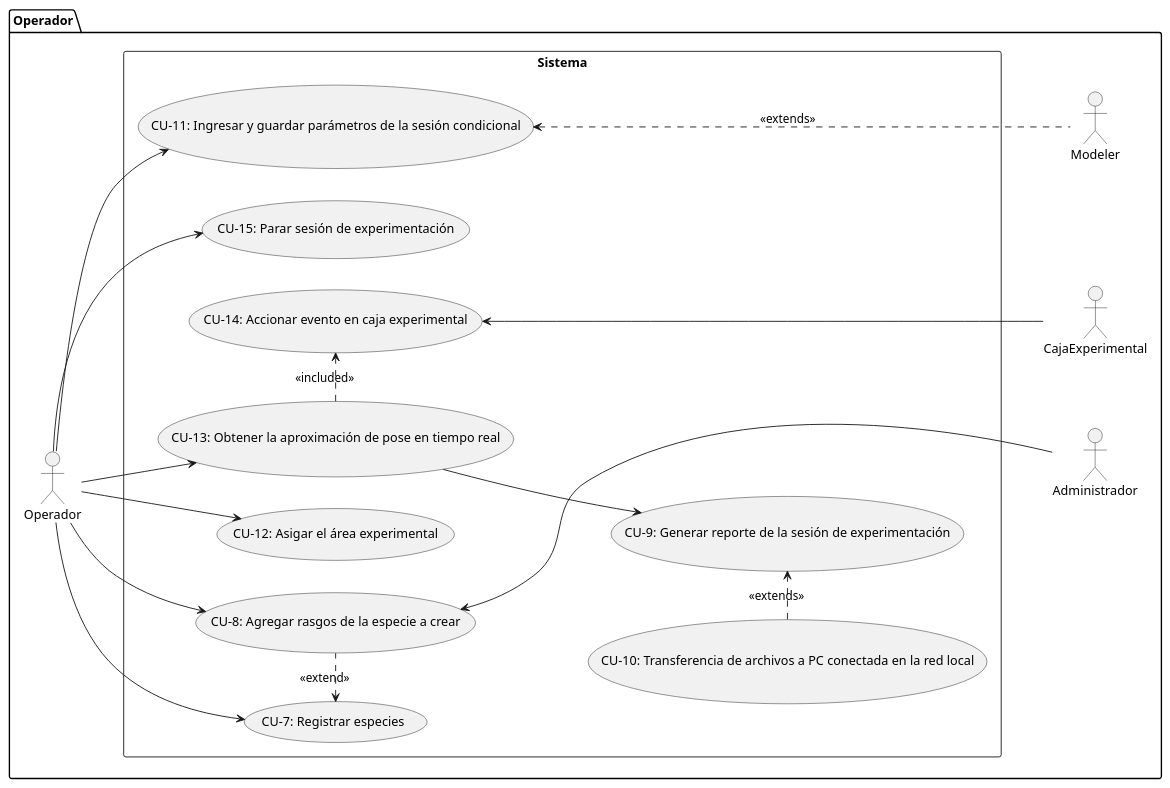
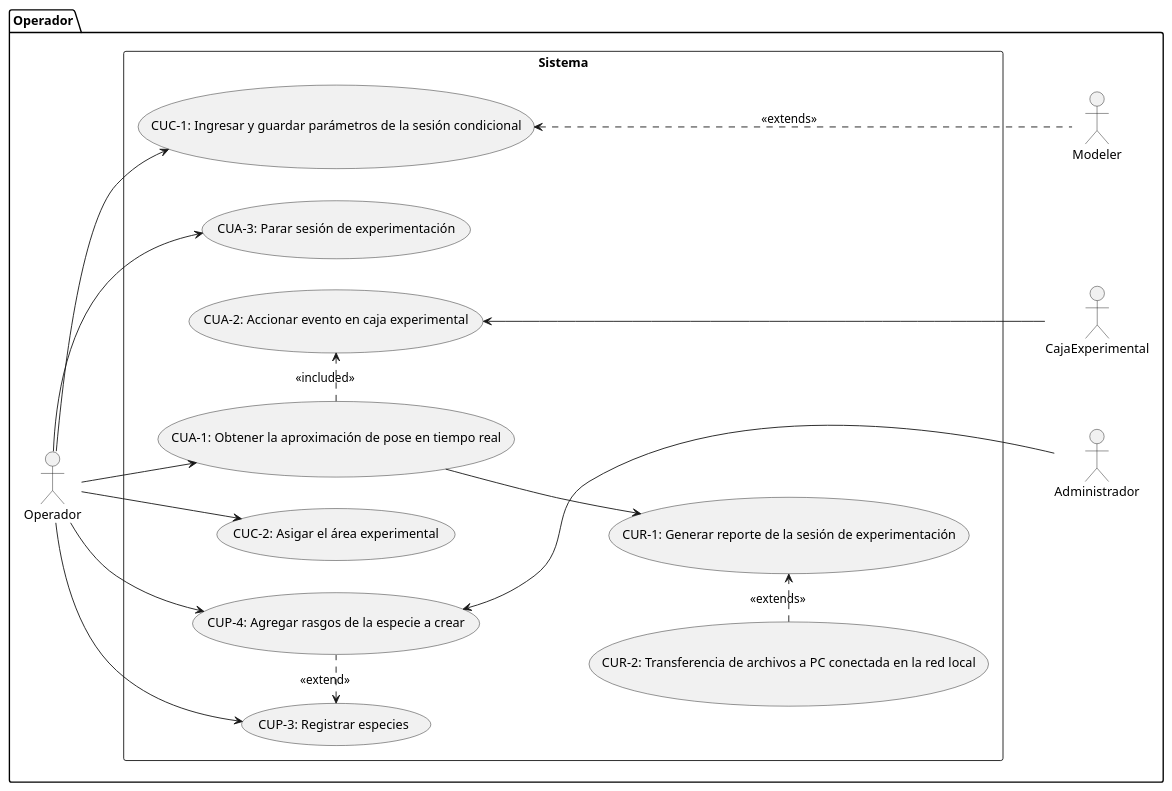
Before and after one commit to MenaVhs/propuesta_pantallas_y_CU: the diagram in Diagramas de Casos de Uso/Operador.puml, drawn with PlantUML. The commit also changed 5 other files, not shown here.

```diff
--- a/Diagramas de Casos de Uso/Operador.puml
+++ b/Diagramas de Casos de Uso/Operador.puml
@@ -1,40 +1,40 @@
 @startuml Modeler
 left to right direction
 package "Operador"{
 'Creating Actors
 actor Operador as U
 actor Modeler as Mo
 actor Administrador as Ad
 actor CajaExperimental as Ca
 rectangle "Sistema"{
 
-    usecase "CU-7: Registrar especies" as 7    
-    usecase "CU-8: Agregar rasgos de la especie a crear" as 8    
-    usecase "CU-11: Ingresar y guardar parámetros de la sesión condicional" as 11
-    usecase "CU-12: Asigar el área experimental" as 12  
-    usecase "CU-13: Obtener la aproximación de pose en tiempo real" as 13
-    usecase "CU-14: Accionar evento en caja experimental" as 14
-    usecase "CU-15: Parar sesión de experimentación" as 15
+    usecase "CUP-3: Registrar especies" as 7    
+    usecase "CUP-4: Agregar rasgos de la especie a crear" as 8    
+    usecase "CUC-1: Ingresar y guardar parámetros de la sesión condicional" as 11
+    usecase "CUC-2: Asigar el área experimental" as 12  
+    usecase "CUA-1: Obtener la aproximación de pose en tiempo real" as 13
+    usecase "CUA-3: Parar sesión de experimentación" as 15
 
     'Casos de uso sin un actors
-    usecase "CU-9: Generar reporte de la sesión de experimentación" as 9
-    usecase "CU-10: Transferencia de archivos a PC conectada en la red local" as 10
+    usecase "CUA-2: Accionar evento en caja experimental" as 14
+    usecase "CUR-1: Generar reporte de la sesión de experimentación" as 9
+    usecase "CUR-2: Transferencia de archivos a PC conectada en la red local" as 10
 
 
 }
 
 }
 U --> 7
 7 <.8 : <<extend>>
 U --> 11
 U -> 12
 U -> 13
 U -> 15
 13 .> 14: <<included>>
 13 --> 9
 14 <--- Ca
 8 <--- Ad
 11 <... Mo: <<extends>>
 10 .> 9: <<extends>>
 U --> 8
 @enduml
```
